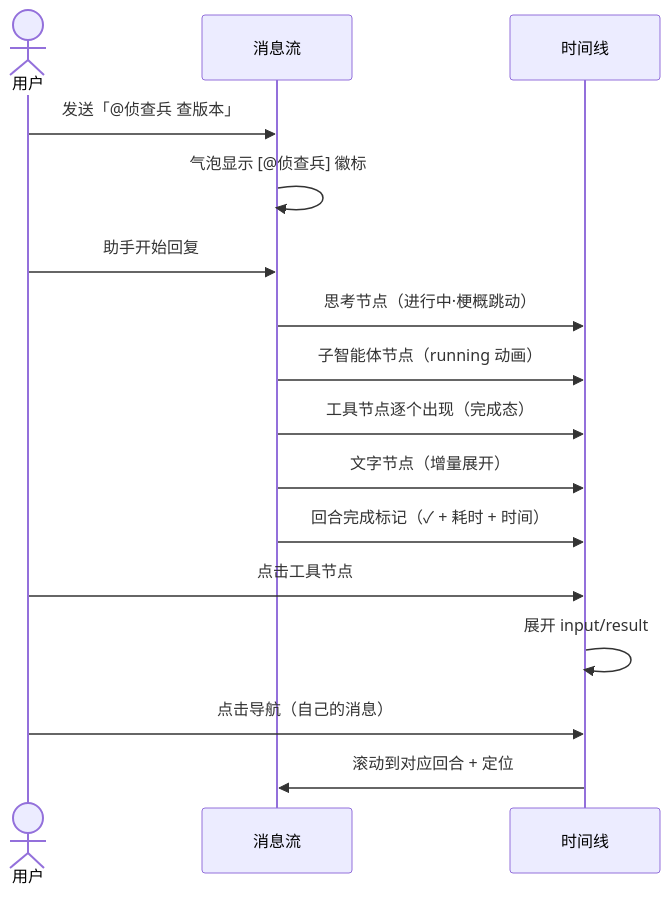
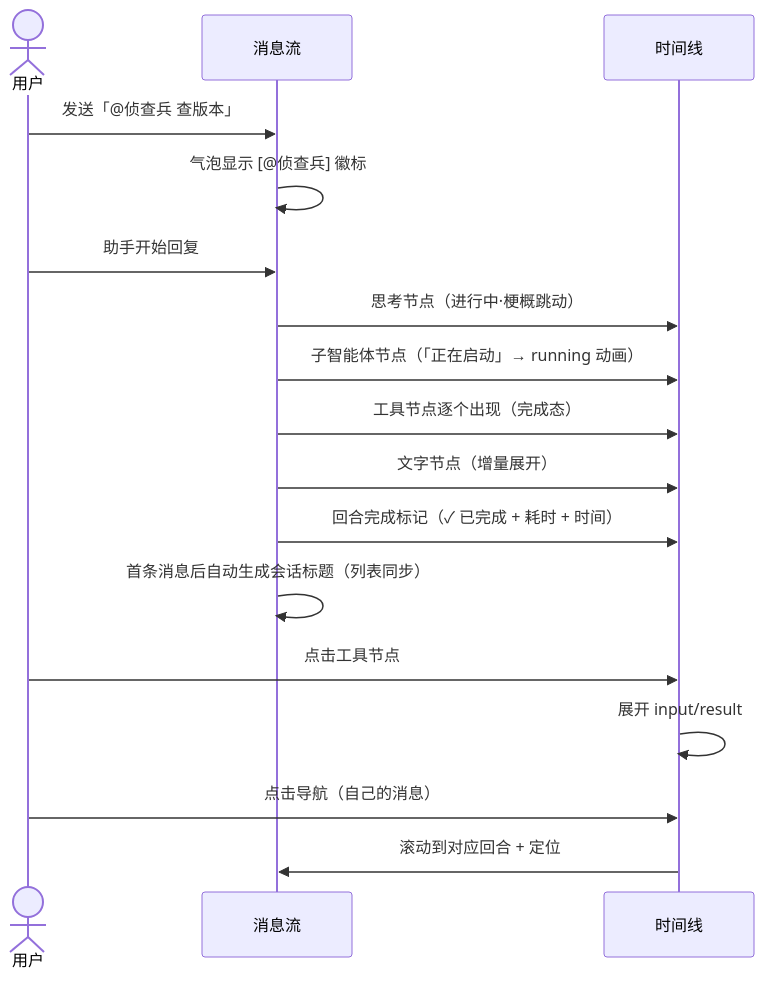
One commit to Max-Null/fractal changed the diagram in docs/原型/消息流时间线化-原型文档.md. Above: the diagram before and after it, drawn with Mermaid. The commit also changed other lines of this file and 1 other file, not shown here.

````diff
--- a/docs/原型/消息流时间线化-原型文档.md
+++ b/docs/原型/消息流时间线化-原型文档.md
@@ -78,19 +83,20 @@
 ```mermaid
 sequenceDiagram
     actor 用户
     participant 消息流
     participant 时间线
 
     用户->>消息流: 发送「@侦查兵 查版本」
     消息流->>消息流: 气泡显示 [@侦查兵] 徽标
     用户->>消息流: 助手开始回复
     消息流->>时间线: 思考节点（进行中·梗概跳动）
-    消息流->>时间线: 子智能体节点（running 动画）
+    消息流->>时间线: 子智能体节点（「正在启动」→ running 动画）
     消息流->>时间线: 工具节点逐个出现（完成态）
     消息流->>时间线: 文字节点（增量展开）
-    消息流->>时间线: 回合完成标记（✓ + 耗时 + 时间）
+    消息流->>时间线: 回合完成标记（✓ 已完成 + 耗时 + 时间）
+    消息流->>消息流: 首条消息后自动生成会话标题（列表同步）
     用户->>时间线: 点击工具节点
     时间线->>时间线: 展开 input/result
     用户->>时间线: 点击导航（自己的消息）
     时间线->>消息流: 滚动到对应回合 + 定位
 ```
````
